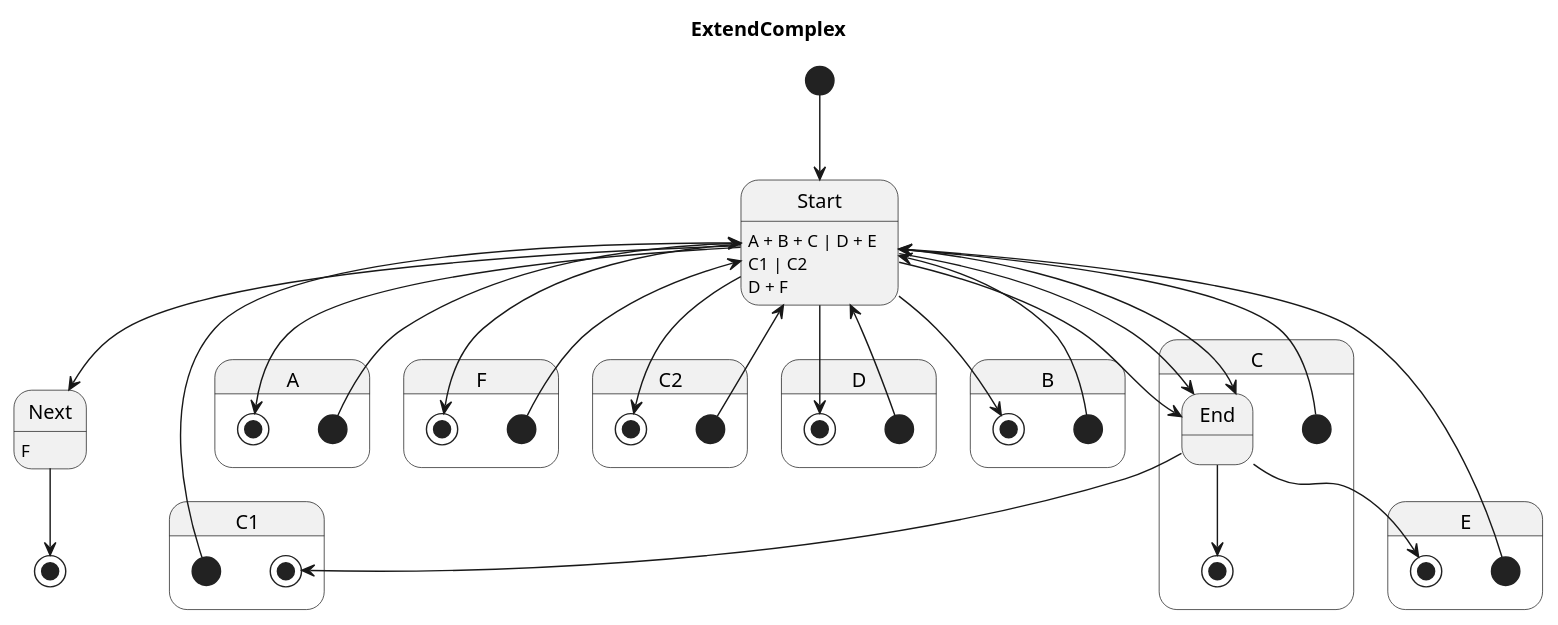
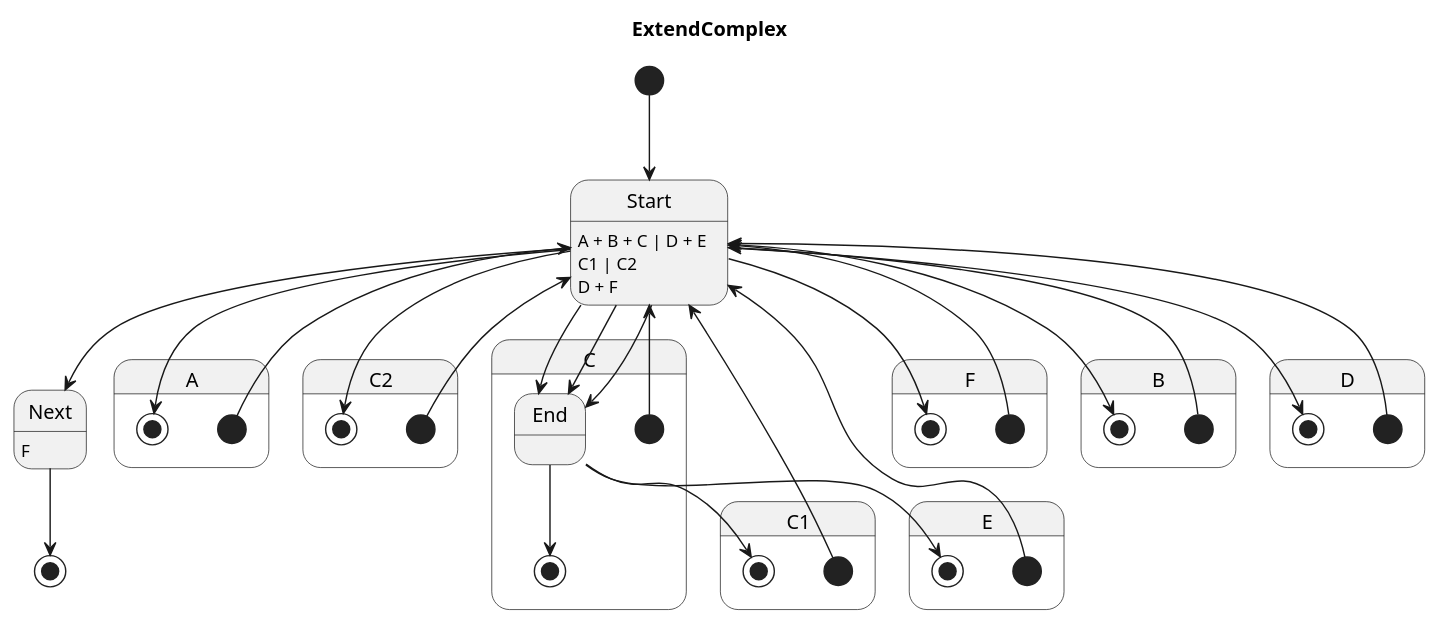
One commit to Pastor/Takt changed the diagram in examples/generated/plantuml/extend_complex.puml. Above: the diagram before and after it, drawn with PlantUML. The commit also changed other lines of this file and 9 other files, not shown here.

```diff
--- a/examples/generated/plantuml/extend_complex.puml
+++ b/examples/generated/plantuml/extend_complex.puml
@@ -1,55 +1,55 @@
 @startuml
 title ExtendComplex
 
 [*] --> Start
+Next : F
+Next --> [*]
 Start : A + B + C | D + E
 Start --> Next
-Next : F
-Next --> [*]
+
+state A {
+    [*] --> Start
+    Start --> [*]
+}
+
+state C2 {
+    [*] --> Start
+    Start --> [*]
+}
 
 state C {
     [*] --> Start
     End --> [*]
     Start : C1 | C2
     Start --> End
 }
 
-state A {
+state F {
+    [*] --> Start
+    Start --> [*]
+}
+
+state B {
     [*] --> Start
     Start --> [*]
 }
 
 state C1 {
     [*] --> Start
     End --> [*]
     Start --> End
 }
 
-state F {
+state D {
     [*] --> Start
     Start --> [*]
 }
 
 state E {
     [*] --> Start
     Start : D + F
     Start --> End
     End --> [*]
 }
 
-state C2 {
-    [*] --> Start
-    Start --> [*]
-}
-
-state D {
-    [*] --> Start
-    Start --> [*]
-}
-
-state B {
-    [*] --> Start
-    Start --> [*]
-}
-
 @enduml
```
